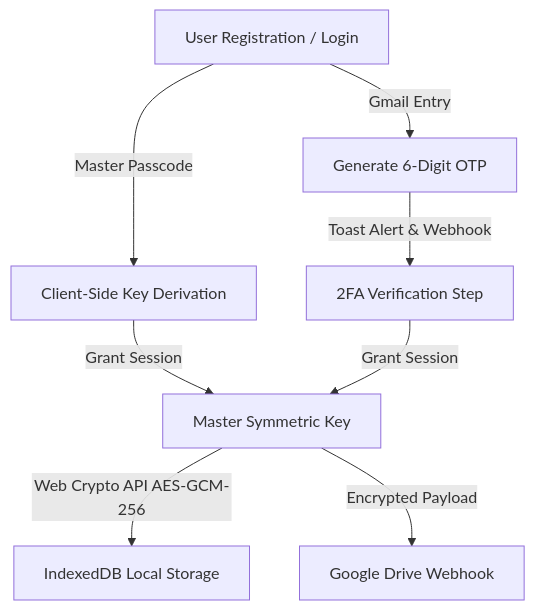
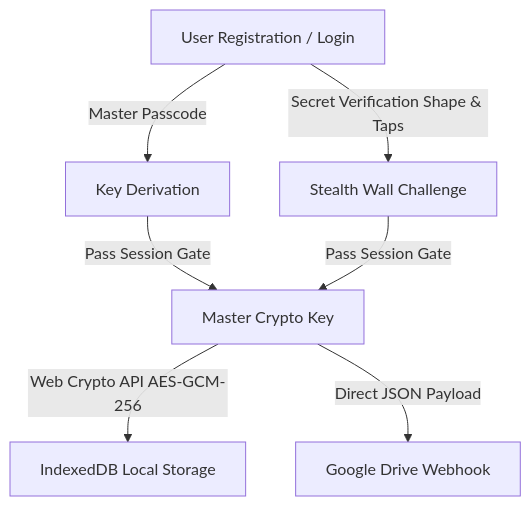
The diagram in README.md (kentobi09/gnoted), drawn with Mermaid before and after one commit. The commit also changed other lines of this file and 1 other file, not shown here.

Commit message:
Remove (Optional) label text, add custom shape tap count selector, and add Webhook setup guide to README.md

````diff
--- a/README.md
+++ b/README.md
@@ -37,9 +112,8 @@
 ```mermaid
 graph TD
-  A[User Registration / Login] -->|Master Passcode| B[Client-Side Key Derivation]
-  A -->|Gmail Entry| C[Generate 6-Digit OTP]
-  C -->|Toast Alert & Webhook| D[2FA Verification Step]
-  B & D -->|Grant Session| E[Master Symmetric Key]
-  E -->|Web Crypto API AES-GCM-256| F[IndexedDB Local Storage]
-  E -->|Encrypted Payload| G[Google Drive Webhook]
+  A[User Registration / Login] -->|Master Passcode| B[Key Derivation]
+  A -->|Secret Verification Shape & Taps| C[Stealth Wall Challenge]
+  B & C -->|Pass Session Gate| D[Master Crypto Key]
+  D -->|Web Crypto API AES-GCM-256| E[IndexedDB Local Storage]
+  D -->|Direct JSON Payload| F[Google Drive Webhook]
 ```
````
